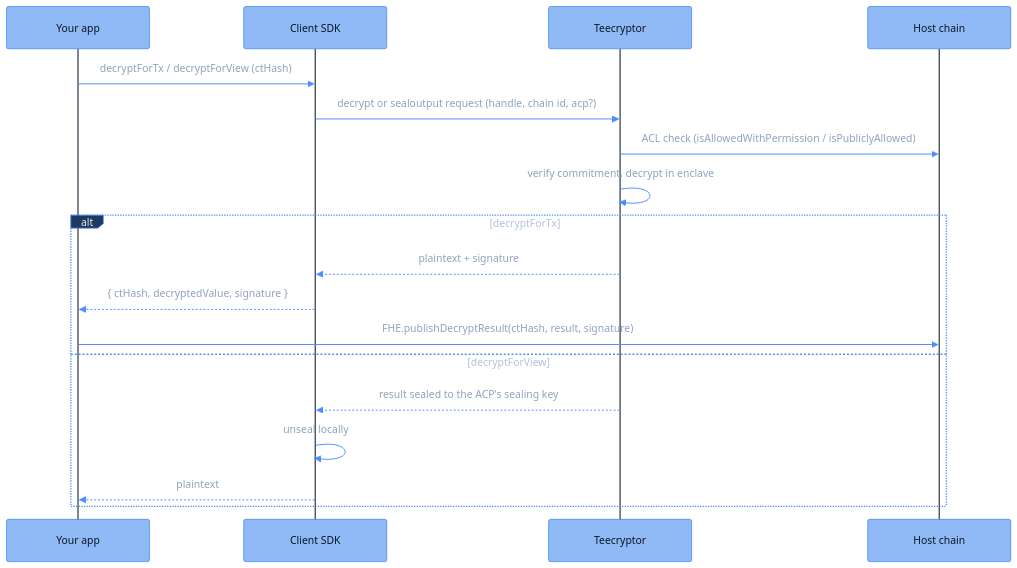
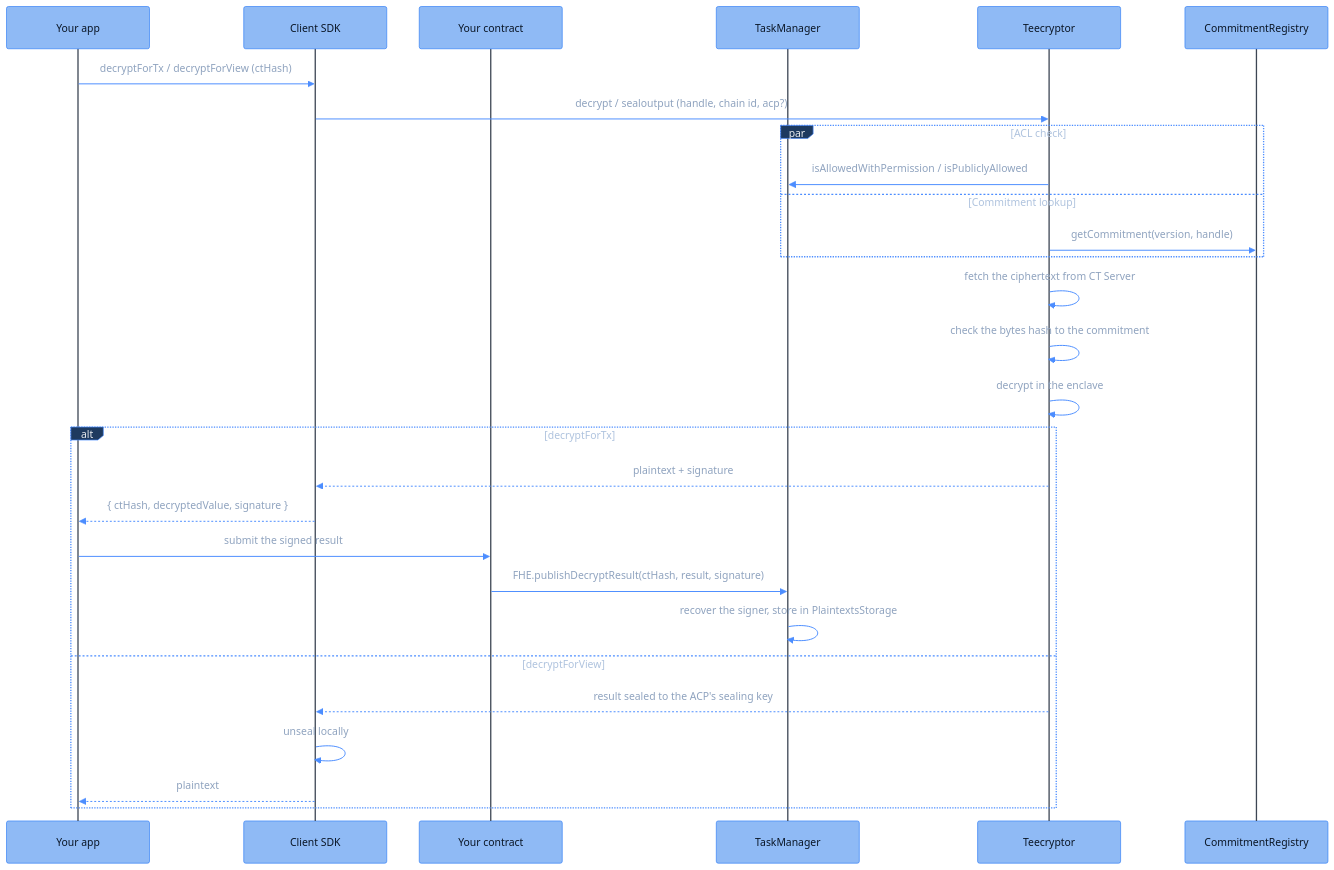
The diagram in deep-dive/data-flows/decryption-request-flow.mdx (FhenixProtocol/fhenix-developer-docs), drawn with Mermaid before and after one commit. The commit also changed other lines of this file and 11 other files, not shown here.

First line of the commit message:
[DOCS] diagrams: one component vocabulary across every diagram and its page (#89)

````diff
--- a/deep-dive/data-flows/decryption-request-flow.mdx
+++ b/deep-dive/data-flows/decryption-request-flow.mdx
@@ -91,22 +91,32 @@
 ```mermaid
 %%{init: {"theme": "base", "themeVariables": {"fontFamily": "Menlo, Monaco, Consolas, monospace", "fontSize": "16px", "primaryColor": "#8FBAF5", "primaryBorderColor": "#2E7CF6", "primaryTextColor": "#0A1626", "lineColor": "#4C8DFF", "signalColor": "#4C8DFF", "signalTextColor": "#8FA3BF", "actorBkg": "#8FBAF5", "actorBorder": "#2E7CF6", "actorTextColor": "#0A1626", "actorLineColor": "#3D4654", "noteBkgColor": "#14171C", "noteBorderColor": "#3D4654", "noteTextColor": "#AFC3DE", "activationBkgColor": "#1E3A5F", "activationBorderColor": "#4C8DFF", "clusterBkg": "#14171C", "clusterBorder": "#3D4654", "titleColor": "#E7EAEE", "edgeLabelBackground": "#8FBAF5", "textColor": "#AFC3DE", "labelTextColor": "#E7EAEE", "tertiaryColor": "#14171C", "loopTextColor": "#AFC3DE", "labelBoxBkgColor": "#1E3A5F", "labelBoxBorderColor": "#4C8DFF"}, "sequence": {"actorFontFamily": "Menlo, Monaco, Consolas, monospace", "messageFontFamily": "Menlo, Monaco, Consolas, monospace", "noteFontFamily": "Menlo, Monaco, Consolas, monospace", "width": 220, "actorFontSize": 16, "messageFontSize": 16, "noteFontSize": 15}}}%%
 sequenceDiagram
     participant App as Your app
     participant SDK as Client SDK
-    participant Teecryptor
-    participant Chain as Host chain
+    participant C as Your contract
+    participant TM as TaskManager
+    participant TEE as Teecryptor
+    participant CR as CommitmentRegistry
 
     App->>SDK: decryptForTx / decryptForView (ctHash)
-    SDK->>Teecryptor: decrypt or sealoutput request (handle, chain id, acp?)
-    Teecryptor->>Chain: ACL check (isAllowedWithPermission / isPubliclyAllowed)
-    Teecryptor->>Teecryptor: verify commitment, decrypt in enclave
+    SDK->>TEE: decrypt / sealoutput (handle, chain id, acp?)
+    par ACL check
+        TEE->>TM: isAllowedWithPermission / isPubliclyAllowed
+    and Commitment lookup
+        TEE->>CR: getCommitment(version, handle)
+    end
+    TEE->>TEE: fetch the ciphertext from CT Server
+    TEE->>TEE: check the bytes hash to the commitment
+    TEE->>TEE: decrypt in the enclave
     alt decryptForTx
-        Teecryptor-->>SDK: plaintext + signature
+        TEE-->>SDK: plaintext + signature
         SDK-->>App: { ctHash, decryptedValue, signature }
-        App->>Chain: FHE.publishDecryptResult(ctHash, result, signature)
+        App->>C: submit the signed result
+        C->>TM: FHE.publishDecryptResult(ctHash, result, signature)
+        TM->>TM: recover the signer, store in PlaintextsStorage
     else decryptForView
-        Teecryptor-->>SDK: result sealed to the ACP's sealing key
+        TEE-->>SDK: result sealed to the ACP's sealing key
         SDK->>SDK: unseal locally
         SDK-->>App: plaintext
     end
 ```
````
